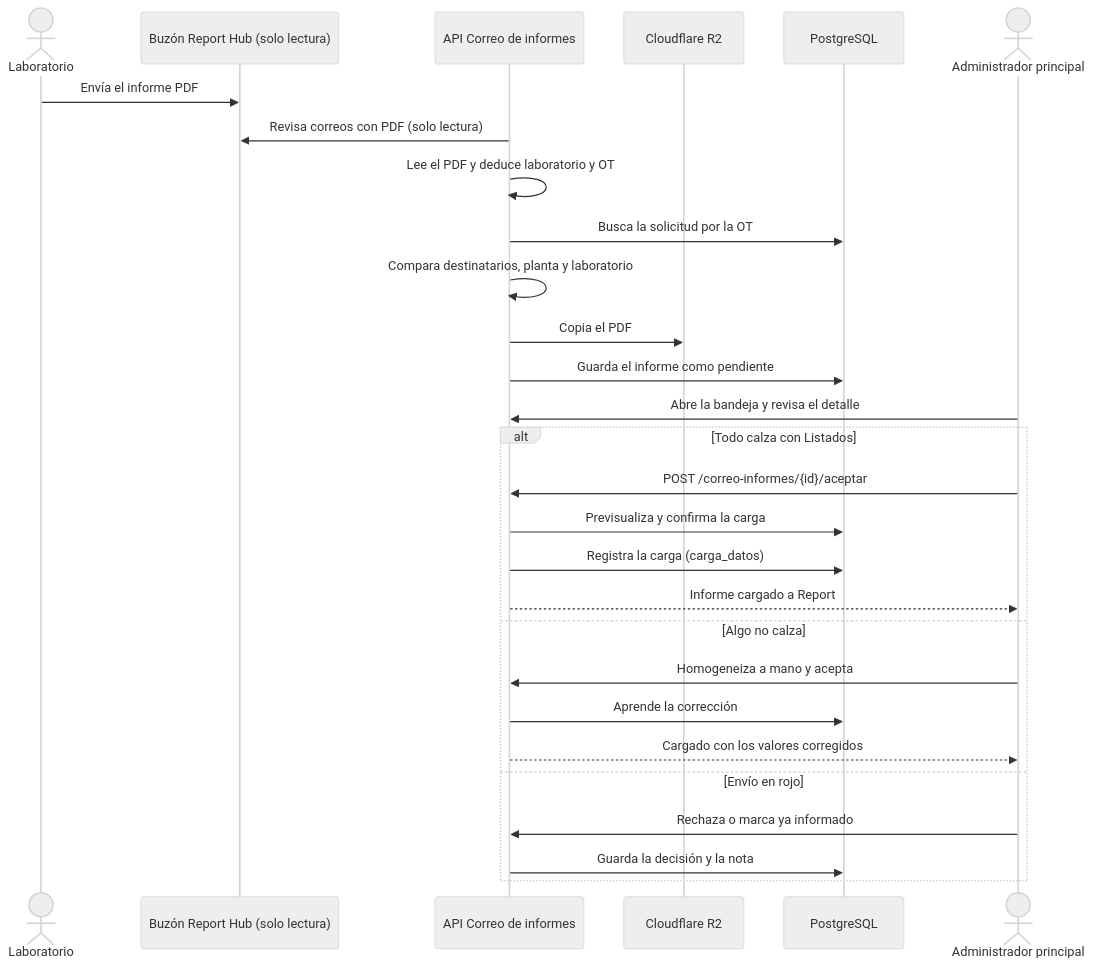
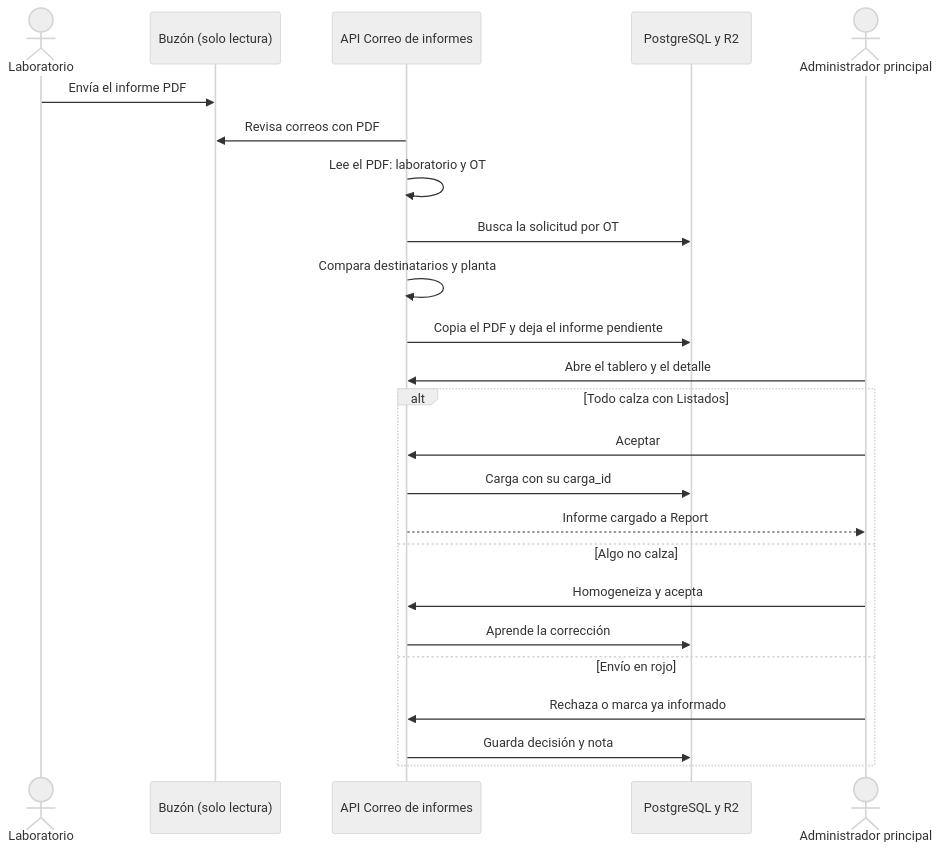
The diagram in docs/documentacion/diagramas/sec3_correo_report.mmd (JSSAgrofresh/agrofresh_report_hub), drawn with Mermaid (neutral theme) before and after one commit. The commit also changed 42 other files, not shown here.

```diff
--- a/docs/documentacion/diagramas/sec3_correo_report.mmd
+++ b/docs/documentacion/diagramas/sec3_correo_report.mmd
@@ -1,28 +1,24 @@
 sequenceDiagram
     actor lab as Laboratorio
-    participant buzon as Buzón Report Hub (solo lectura)
+    participant buzon as Buzón (solo lectura)
     participant api as API Correo de informes
-    participant r2 as Cloudflare R2
-    participant bd as PostgreSQL
+    participant datos as PostgreSQL y R2
     actor admin as Administrador principal
     lab->>buzon: Envía el informe PDF
-    api->>buzon: Revisa correos con PDF (solo lectura)
-    api->>api: Lee el PDF y deduce laboratorio y OT
-    api->>bd: Busca la solicitud por la OT
-    api->>api: Compara destinatarios, planta y laboratorio
-    api->>r2: Copia el PDF
-    api->>bd: Guarda el informe como pendiente
-    admin->>api: Abre la bandeja y revisa el detalle
+    api->>buzon: Revisa correos con PDF
+    api->>api: Lee el PDF: laboratorio y OT
+    api->>datos: Busca la solicitud por OT
+    api->>api: Compara destinatarios y planta
+    api->>datos: Copia el PDF y deja el informe pendiente
+    admin->>api: Abre el tablero y el detalle
     alt Todo calza con Listados
-        admin->>api: POST /correo-informes/{id}/aceptar
-        api->>bd: Previsualiza y confirma la carga
-        api->>bd: Registra la carga (carga_datos)
+        admin->>api: Aceptar
+        api->>datos: Carga con su carga_id
         api-->>admin: Informe cargado a Report
     else Algo no calza
-        admin->>api: Homogeneiza a mano y acepta
-        api->>bd: Aprende la corrección
-        api-->>admin: Cargado con los valores corregidos
+        admin->>api: Homogeneiza y acepta
+        api->>datos: Aprende la corrección
     else Envío en rojo
         admin->>api: Rechaza o marca ya informado
-        api->>bd: Guarda la decisión y la nota
+        api->>datos: Guarda decisión y nota
     end
```
